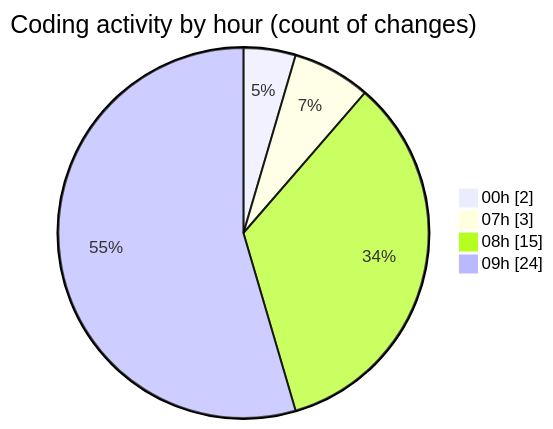
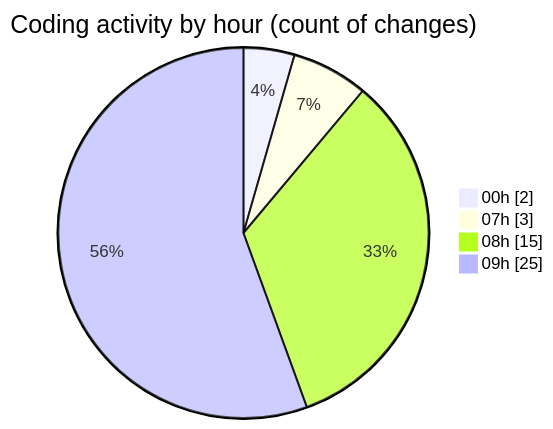
One commit to donsfak/code-tracking changed the second of 2 diagrams in 2025-02-10/maps_clone/README.md. Above: the diagram before and after it, drawn with Mermaid. The commit also changed other lines of this file and 1 other file, not shown here.

````diff
--- a/2025-02-10/maps_clone/README.md
+++ b/2025-02-10/maps_clone/README.md
@@ -38,8 +38,8 @@
 ```mermaid
 pie showData
 title Coding activity by hour (count of changes)
 "00h" : 2
 "07h" : 3
 "08h" : 15
-"09h" : 24
+"09h" : 25
 ```
````
